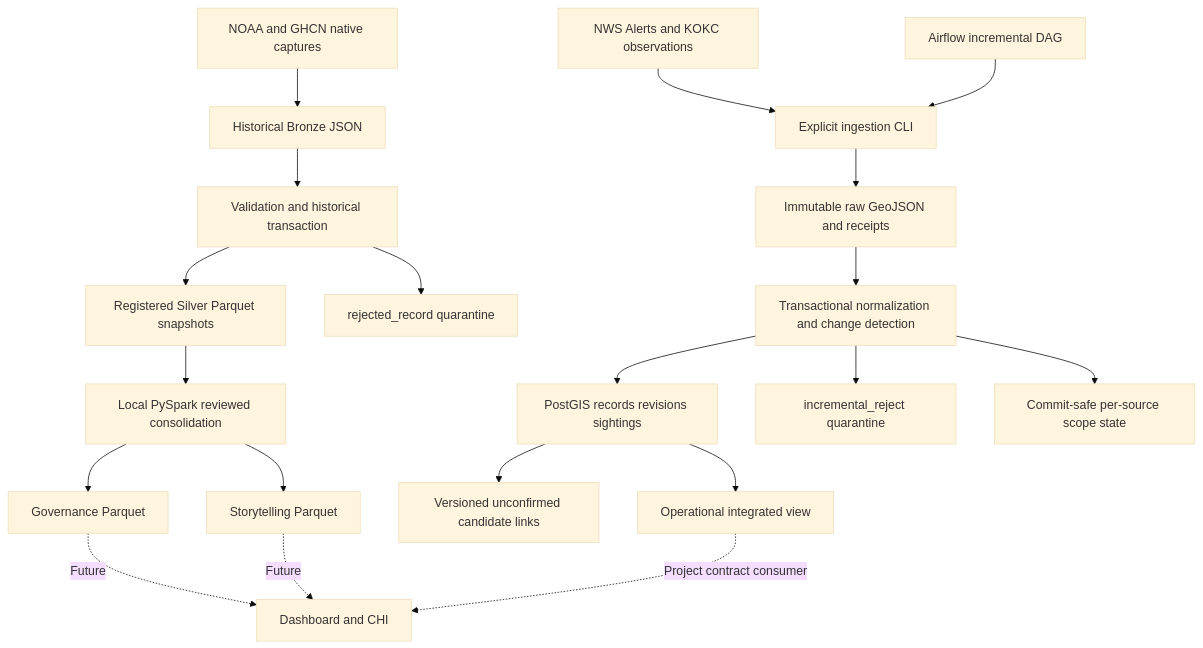
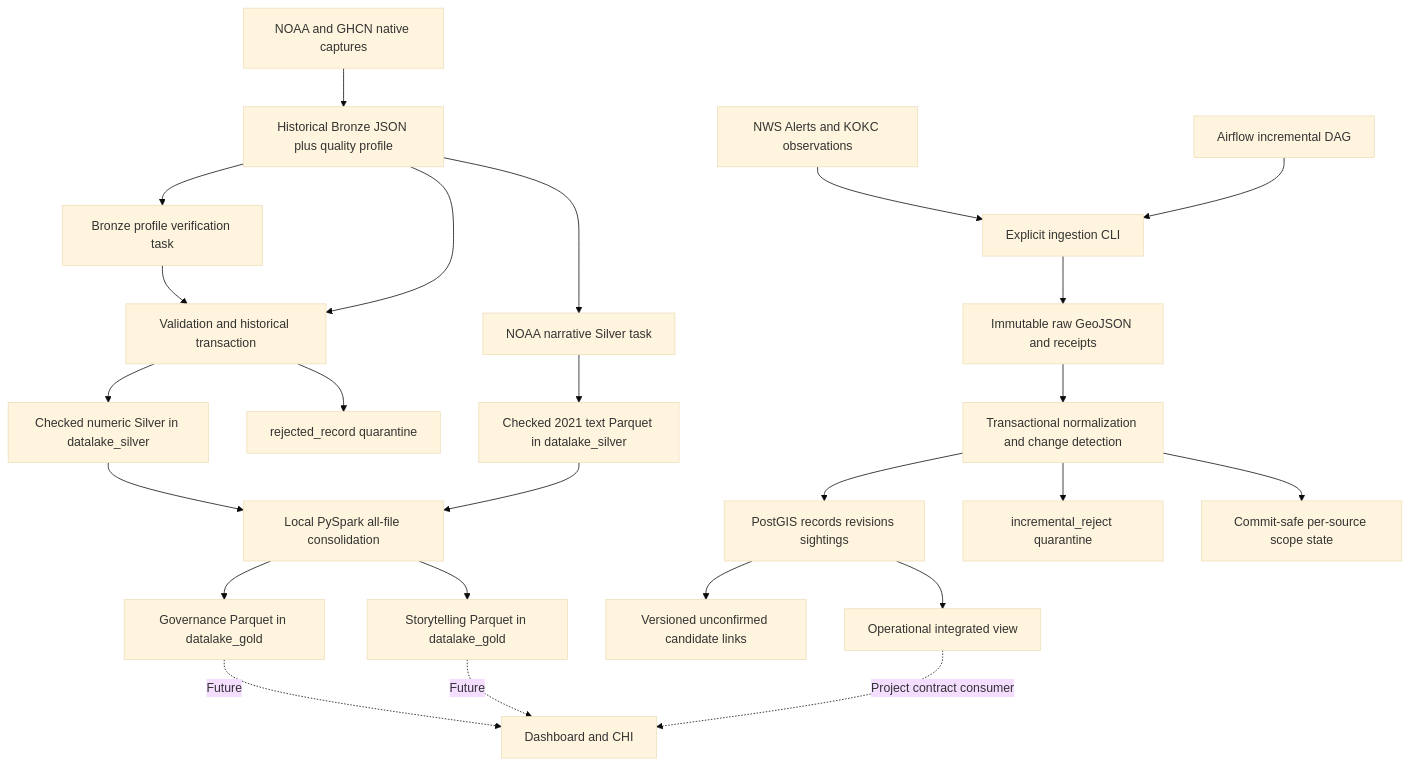
Before and after one commit to KevMasMas/multi-hazard-weather-monitoring: the diagram in workshop_3/architecture.mmd, drawn with Mermaid (base theme). The commit also changed 70 other files, not shown here.

```diff
--- a/workshop_3/architecture.mmd
+++ b/workshop_3/architecture.mmd
@@ -1,20 +1,25 @@
 flowchart TD
-    H[NOAA and GHCN native captures] --> B[Historical Bronze JSON]
+    H[NOAA and GHCN native captures] --> B[Historical Bronze JSON plus quality profile]
+    B --> BV[Bronze profile verification task]
     B --> V[Validation and historical transaction]
-    V --> S[Registered Silver Parquet snapshots]
+    V --> S[Checked numeric Silver in datalake_silver]
+    BV --> V
+    B --> T[NOAA narrative Silver task]
+    T --> TS[Checked 2021 text Parquet in datalake_silver]
     V --> Q[rejected_record quarantine]
-    S --> G[Local PySpark reviewed consolidation]
-    G --> GOV[Governance Parquet]
-    G --> STORY[Storytelling Parquet]
+    S --> G[Local PySpark all-file consolidation]
+    TS --> G
+    G --> GOV[Governance Parquet in datalake_gold]
+    G --> STORY[Storytelling Parquet in datalake_gold]
     N[NWS Alerts and KOKC observations] --> CLI[Explicit ingestion CLI]
     A[Airflow incremental DAG] --> CLI
     CLI --> RAW[Immutable raw GeoJSON and receipts]
     RAW --> P[Transactional normalization and change detection]
     P --> DB[PostGIS records revisions sightings]
     P --> R[incremental_reject quarantine]
     P --> STATE[Commit-safe per-source scope state]
     DB --> E[Versioned unconfirmed candidate links]
     DB --> VIEW[Operational integrated view]
     GOV -. Future .-> DASH[Dashboard and CHI]
     STORY -. Future .-> DASH
     VIEW -. Project contract consumer .-> DASH
```
